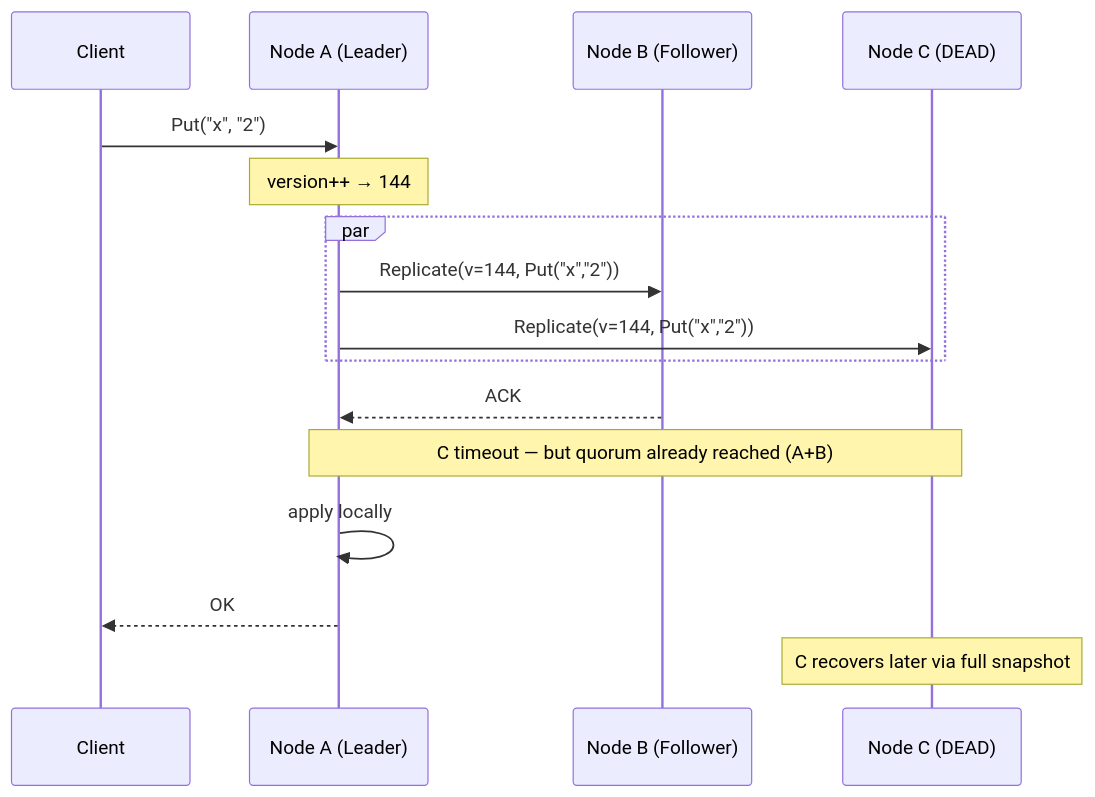
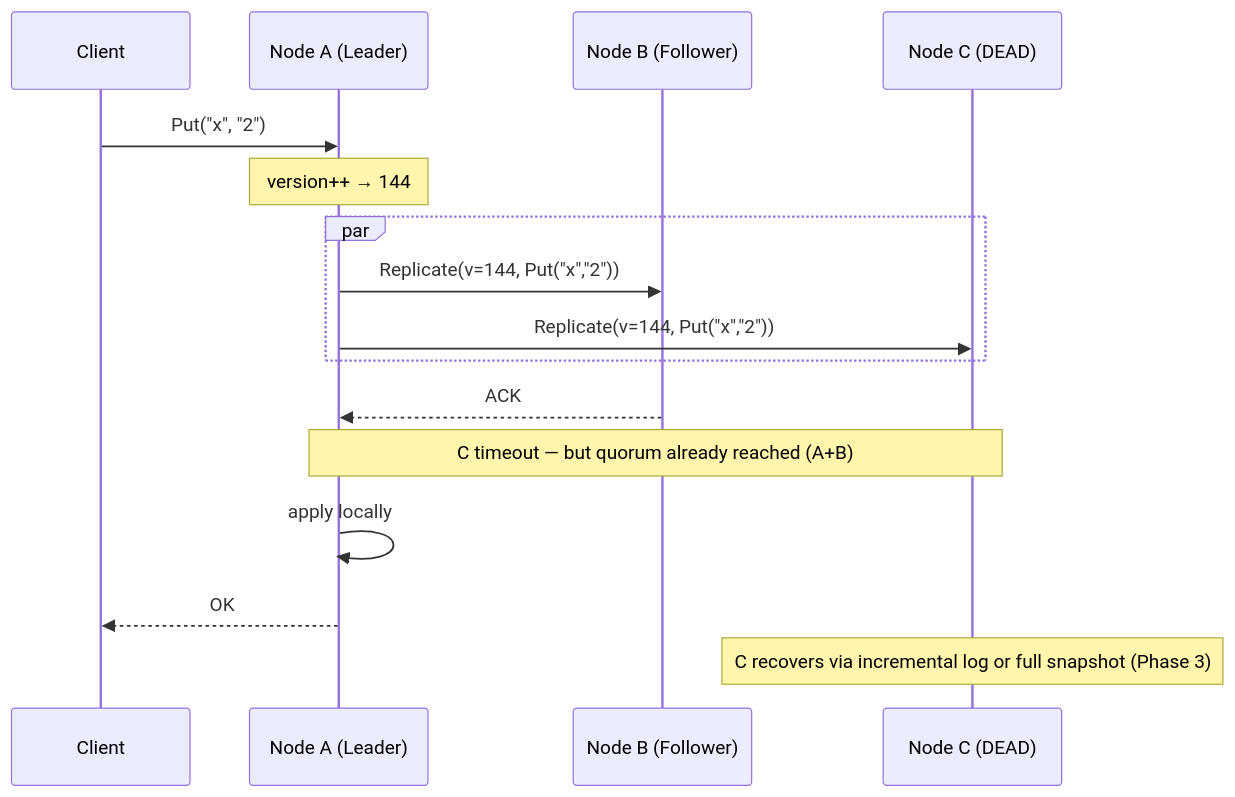
Before and after one commit to davecarr1024/doki: the second of 10 diagrams in docs/replication.md, drawn with Mermaid. The commit also changed other lines of this file and 8 other files, not shown here.

First line of the commit message:
Implement Phase 3: incremental replication log

````diff
--- a/docs/replication.md
+++ b/docs/replication.md
@@ -65,24 +65,24 @@
 ```mermaid
 sequenceDiagram
     participant CL as Client
     participant A as Node A (Leader)
     participant B as Node B (Follower)
     participant C as Node C (DEAD)
 
     CL->>A: Put("x", "2")
     note over A: version++ → 144
 
     par
         A->>B: Replicate(v=144, Put("x","2"))
         A->>C: Replicate(v=144, Put("x","2"))
     end
 
     B-->>A: ACK
 
     note over A,C: C timeout — but quorum already reached (A+B)
 
     A->>A: apply locally
     A-->>CL: OK
 
-    note over C: C recovers later via full snapshot
+    note over C: C recovers via incremental log or full snapshot (Phase 3)
 ```
````
